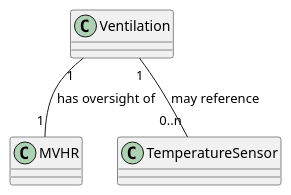
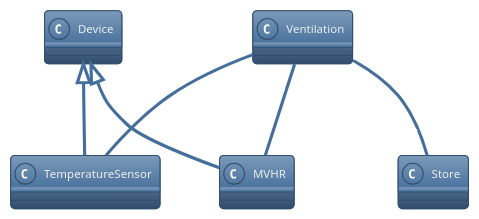
One commit to OODesigns/universal-control-hub changed the diagram in designs/Ventilation Domain.puml. Above: the diagram before and after it, drawn with PlantUML. The commit also changed 13 other files, not shown here.

```diff
--- a/designs/Ventilation Domain.puml
+++ b/designs/Ventilation Domain.puml
@@ -1,13 +1,21 @@
 @startuml
 'https://plantuml.com/class-diagram
+!theme spacelab
 
 class Ventilation {}
 
 class MVHR {}
 
 class TemperatureSensor{}
 
+class Device{}
+
+class Store{}
+
 Ventilation "1"-- "1" MVHR: has oversight of
 Ventilation "1"-- "0..n" TemperatureSensor: may reference
+Ventilation "1"-- "1" Store
+Device <|-- MVHR
+Device <|-- TemperatureSensor
 
 @enduml
```
